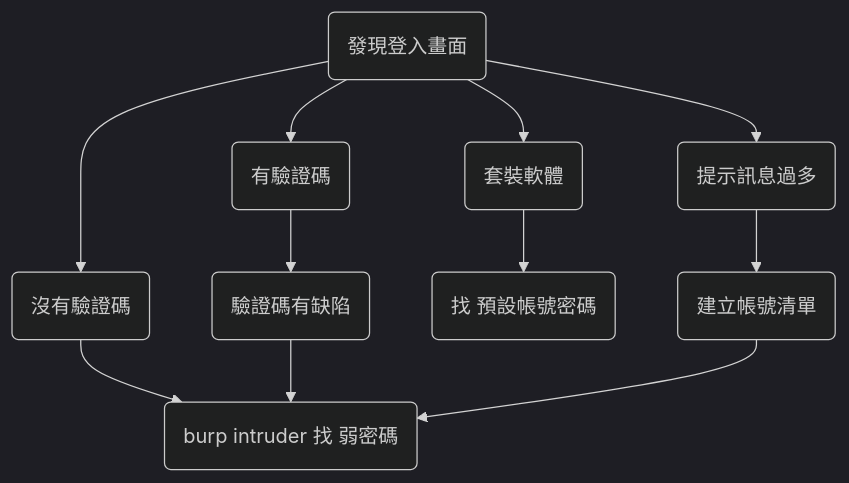
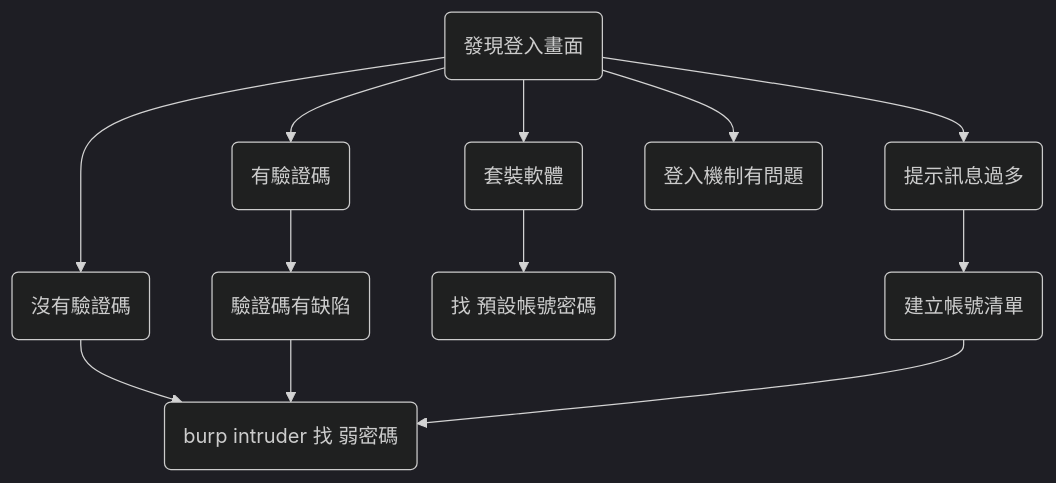
The third of 3 diagrams in 流程圖/白帽流程圖.md (awchjimmy/linux-journey), drawn with Mermaid (dark theme) before and after one commit.

````diff
--- a/流程圖/白帽流程圖.md
+++ b/流程圖/白帽流程圖.md
@@ -29,14 +29,15 @@
 ```mermaid
 flowchart TD
     id1(發現登入畫面) --> id101(沒有驗證碼)
     id1 --> id102(有驗證碼)
     id1 --> id103(套裝軟體)
     id1 --> id104(提示訊息過多)
+    id1 --> id105(登入機制有問題)
     
     id101 --> id10101(burp intruder 找 弱密碼)
     id102 --> id10201(驗證碼有缺陷)
     id10201 --> id10101
     id103 --> id10301(找 預設帳號密碼)
     id104 --> id10401(建立帳號清單)
     id10401 --> id10101
 ```
````
